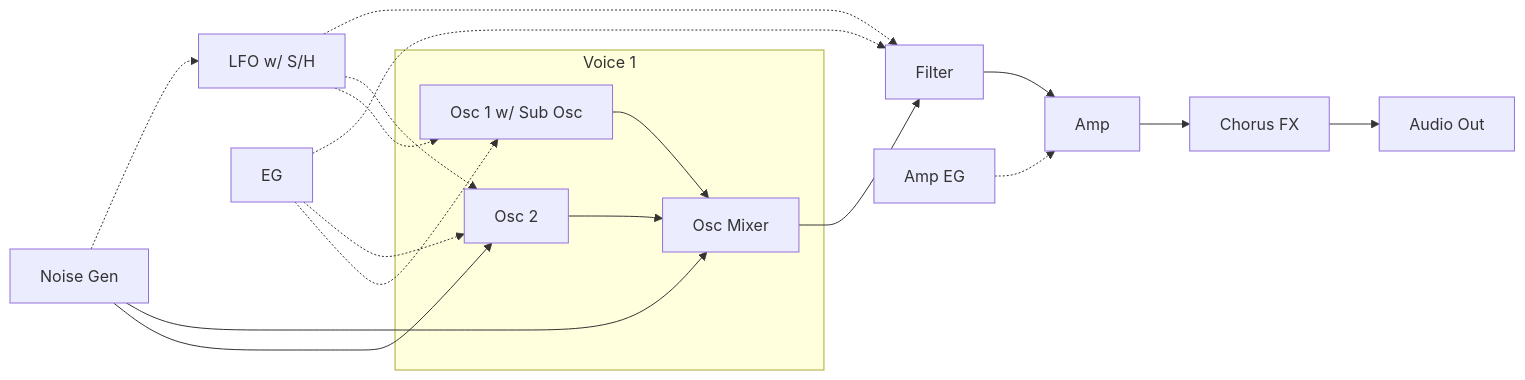
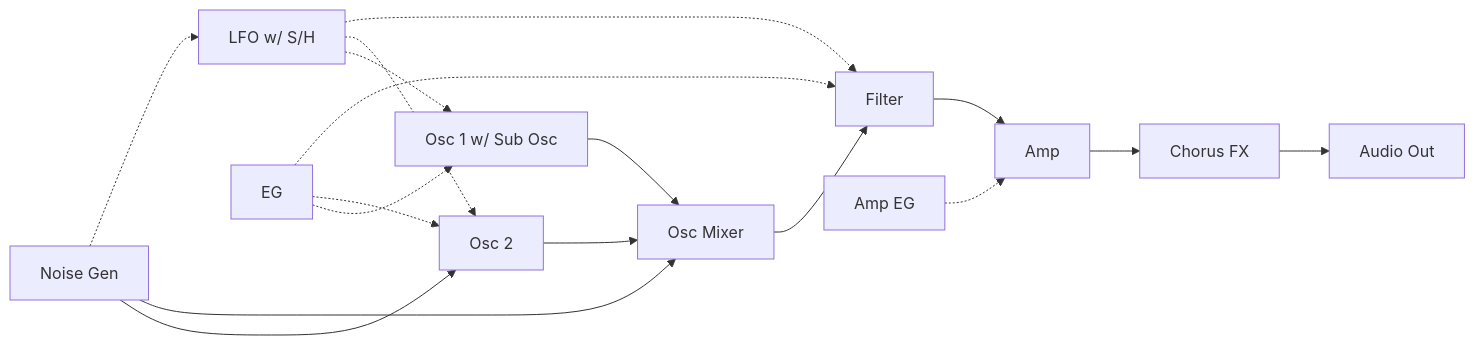
Before and after one commit to risgk/digital-synth-pra32-u: the third of 3 diagrams in README.md, drawn with Mermaid. The commit also changed other lines of this file and 4 other files, not shown here.

````diff
--- a/README.md
+++ b/README.md
@@ -151,13 +152,11 @@
 ```mermaid
 graph LR
-    subgraph V1[Voice 1]
-        O1[Osc 1 w/ Sub Osc] --> OM[Osc Mixer]
-        O2[Osc 2] --> OM
-    end
+    O1[Osc 1 w/ Sub Osc] --> OM[Osc Mixer]
+    O2[Osc 2] --> OM
     OM --> F[Filter] --> A[Amp] --> C[Chorus FX] --> AO[Audio Out]
     N[Noise Gen] --> O2 & OM
     N -.-> L[LFO w/ S/H]
     L -.-> O1 & O2 & F
     E[EG] -.-> O1 & O2 & F
     AE[Amp EG] -.-> A
 ```
````
